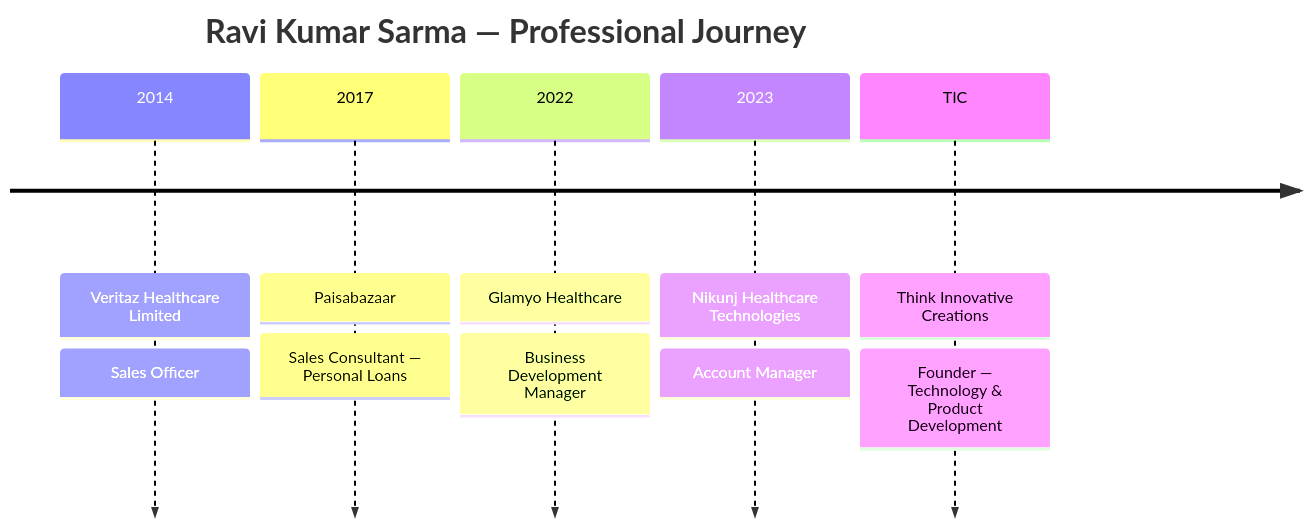
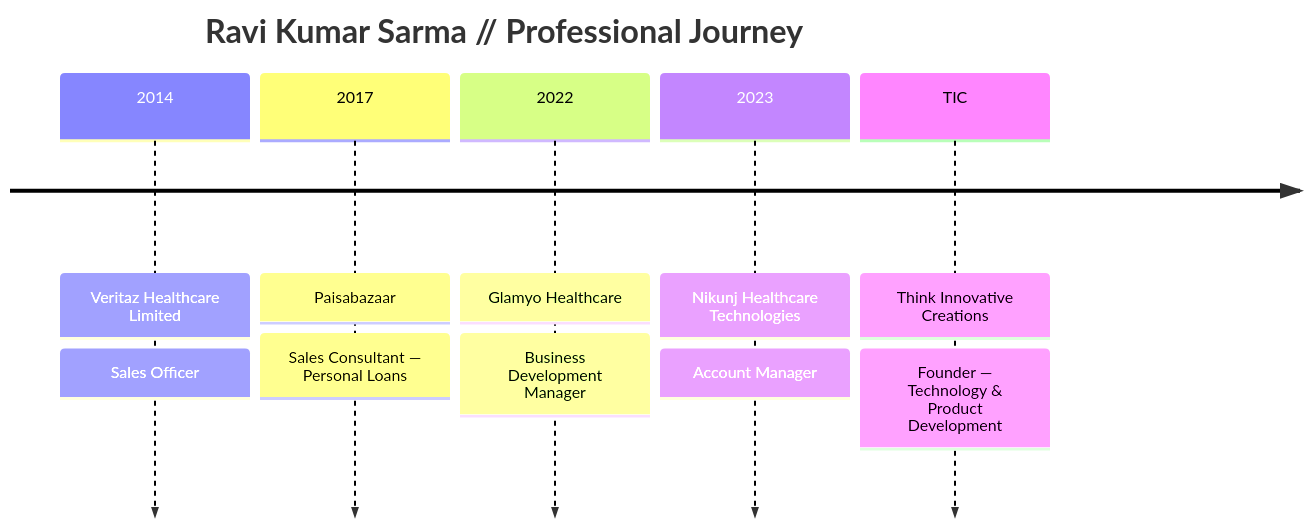
Before and after one commit to Coder-Blocks/Coder-Blocks: the second of 2 diagrams in README.md, drawn with Mermaid. The commit also changed other lines of this file, not shown here.

````diff
--- a/README.md
+++ b/README.md
@@ -141,14 +183,14 @@
 ```mermaid
 timeline
-    title Ravi Kumar Sarma — Professional Journey
+    title Ravi Kumar Sarma // Professional Journey
     2014 : Veritaz Healthcare Limited
          : Sales Officer
     2017 : Paisabazaar
          : Sales Consultant — Personal Loans
     2022 : Glamyo Healthcare
          : Business Development Manager
     2023 : Nikunj Healthcare Technologies
          : Account Manager
     TIC  : Think Innovative Creations
          : Founder — Technology & Product Development
 ```
````
